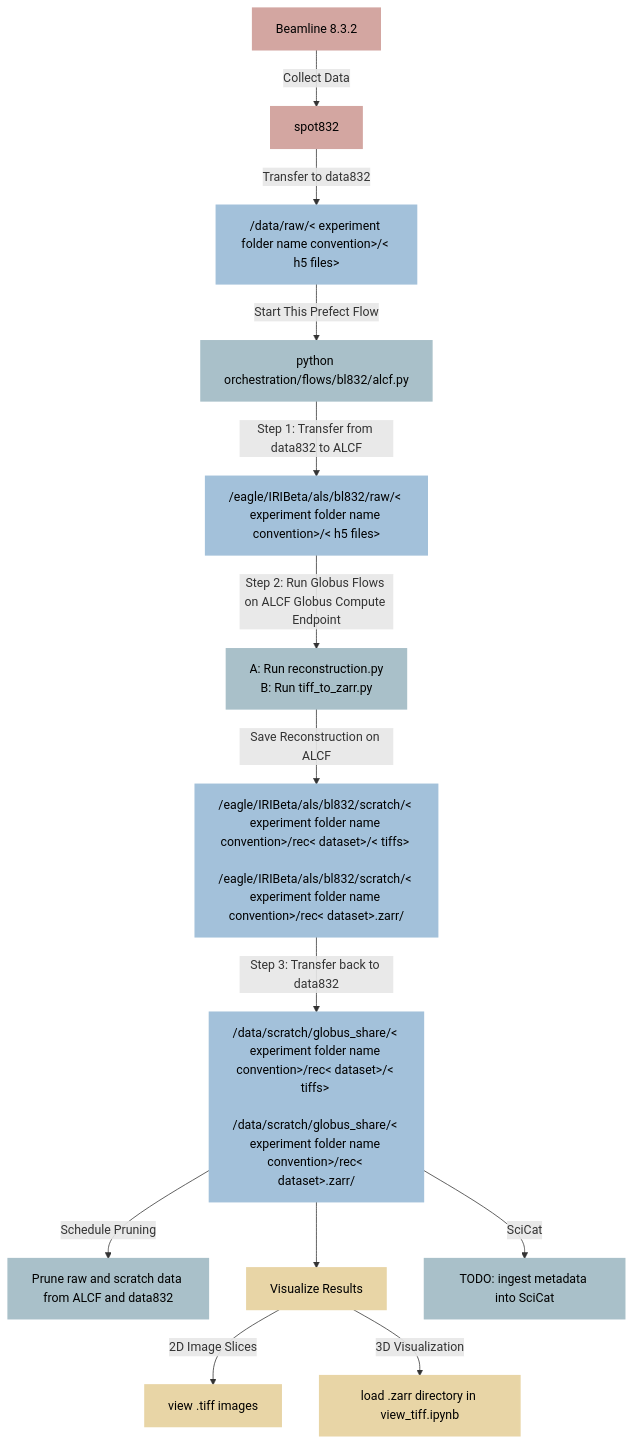
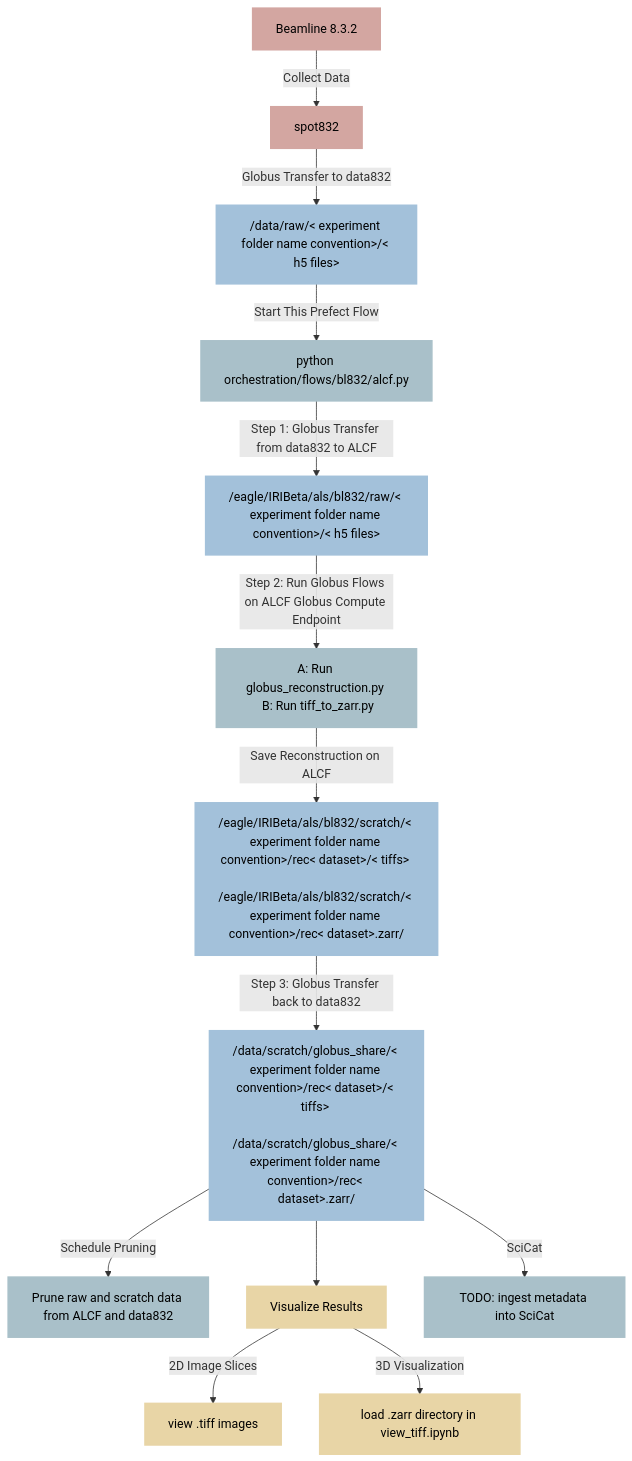
Before and after one commit to als-computing/splash_flows_globus: the diagram in scripts/README.md, drawn with Mermaid. The commit also changed other lines of this file and 8 other files, not shown here.

````diff
--- a/scripts/README.md
+++ b/scripts/README.md
@@ -26,43 +26,43 @@
 ```mermaid
 %%{
 init: {
   "theme": "base",
   "themeVariables": {
     "primaryColor": "#000000",
     "primaryTextColor": "#000000",
     "primaryBorderColor": "#000000",
     "lineColor": "#808080", // Gray arrows
     "arrowheadColor": "#ffffff",
     "secondaryColor": "#00000",
     "tertiaryColor": "#ffffff",
     "fontFamily": "Arial, Helvetica, sans-serif",
     "background": "#ffffff",
   }
 }
 }%%
 graph TD
     A[Beamline 8.3.2] -->|Collect Data| B[spot832]
-    B -->|Transfer to data832| C[ /data/raw/< experiment folder name convention>/< h5 files>]
+    B -->|Globus Transfer to data832| C[ /data/raw/< experiment folder name convention>/< h5 files>]
     C -->|Start This Prefect Flow| D[ python orchestration/flows/bl832/alcf.py ]
-    D -->|Step 1: Transfer from data832 to ALCF| E[ /eagle/IRIBeta/als/bl832/raw/< experiment folder name convention>/< h5 files>]
-    E -->|Step 2: Run Globus Flows on ALCF Globus Compute Endpoint| F[ A: Run reconstruction.py <br> B: Run tiff_to_zarr.py]
+    D -->|Step 1: Globus Transfer from data832 to ALCF| E[ /eagle/IRIBeta/als/bl832/raw/< experiment folder name convention>/< h5 files>]
+    E -->|Step 2: Run Globus Flows on ALCF Globus Compute Endpoint| F[ A: Run globus_reconstruction.py <br> B: Run tiff_to_zarr.py]
     F -->|Save Reconstruction on ALCF| G[ /eagle/IRIBeta/als/bl832/scratch/< experiment folder name convention>/rec< dataset>/< tiffs> <br> /eagle/IRIBeta/als/bl832/scratch/< experiment folder name convention>/rec< dataset>.zarr/ ]
-    G -->|Step 3: Transfer back to data832| J[ /data/scratch/globus_share/< experiment folder name convention>/rec< dataset>/< tiffs> <br> /data/scratch/globus_share/< experiment folder name convention>/rec< dataset>.zarr/ ]
+    G -->|Step 3: Globus Transfer back to data832| J[ /data/scratch/globus_share/< experiment folder name convention>/rec< dataset>/< tiffs> <br> /data/scratch/globus_share/< experiment folder name convention>/rec< dataset>.zarr/ ]
     J -->|Schedule Pruning| L[Prune raw and scratch data from ALCF and data832]
     J --> M[Visualize Results] 
     J -->|SciCat| N[TODO: ingest metadata into SciCat]
     M -->|2D Image Slices| O[view .tiff images ]
     M -->|3D Visualization| P[load .zarr directory in view_tiff.ipynb]
 
 	classDef storage fill:#A3C1DA,stroke:#A3C1DA,stroke-width:2px,color:#000000;
 	class C,E,G,J storage;
 
 	classDef collection fill:#D3A6A1,stroke:#D3A6A1,stroke-width:2px,color:#000000;
 	class A,B collection;
 
 	classDef compute fill:#A9C0C9,stroke:#A9C0C9,stroke-width:2px,color:#000000;
 	class D,F,K,L,N compute;
 
 	classDef visualization fill:#E8D5A6,stroke:#E8D5A6,stroke-width:2px,color:#000000;
 	class M,O,P visualization;
 ```
````
